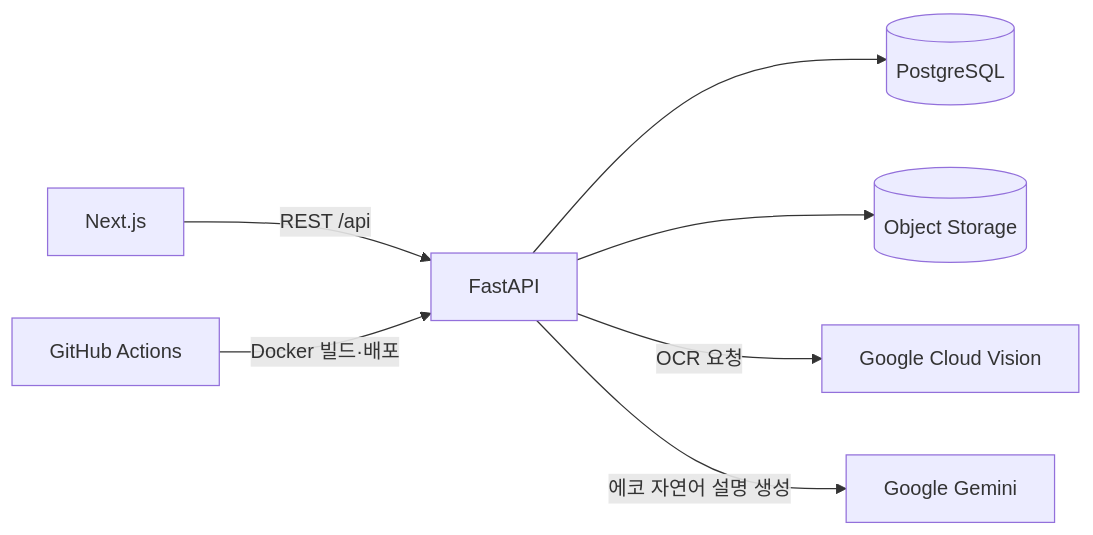
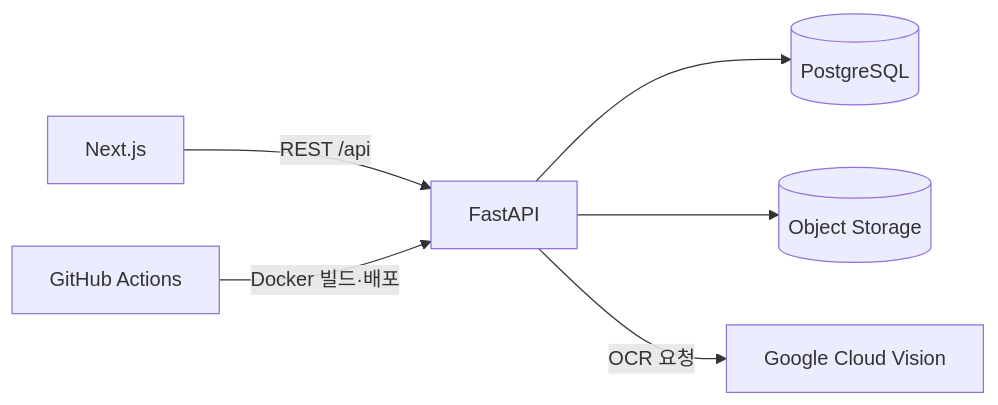
The first of 2 diagrams in README.md (yeon025/WaveSync-BE), drawn with Mermaid before and after one commit. The commit also changed other lines of this file and 3 other files, not shown here.

````diff
--- a/README.md
+++ b/README.md
@@ -49,9 +49,8 @@
 ```mermaid
 flowchart LR
     FE["Next.js"] -->|REST /api| BE["FastAPI"]
     BE --> DB[("PostgreSQL")]
     BE --> ST[("Object Storage")]
     BE -->|OCR 요청| VI["Google Cloud Vision"]
-    BE -->|에코 자연어 설명 생성| GM["Google Gemini"]
     GH["GitHub Actions"] -->|Docker 빌드·배포| BE
 ```
````
